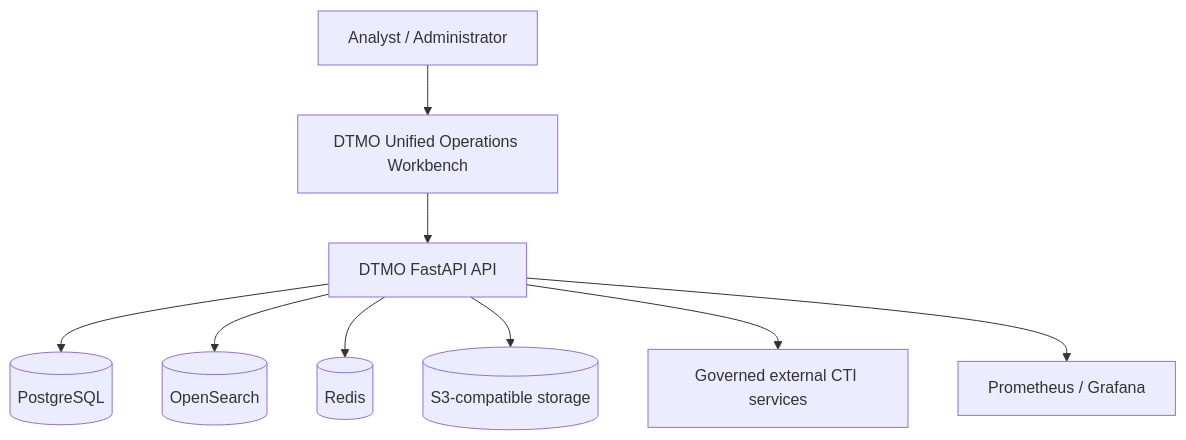
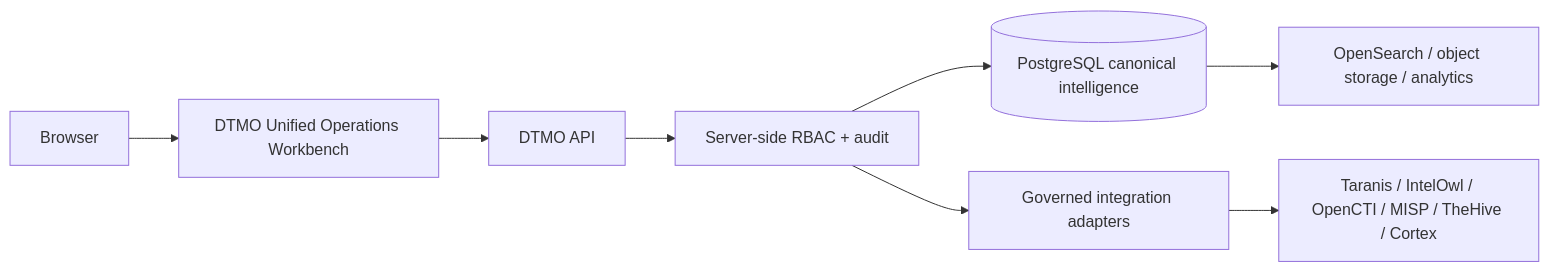
The diagram in README.md (GJvManen/dtmo), drawn with Mermaid before and after one commit. The commit also changed other lines of this file, not shown here.

````diff
--- a/README.md
+++ b/README.md
@@ -134,11 +54,10 @@
 ```mermaid
-flowchart TB
-    U[Analyst / Administrator] --> W[DTMO Unified Operations Workbench]
-    W --> API[DTMO FastAPI API]
-    API --> PG[(PostgreSQL)]
-    API --> OS[(OpenSearch)]
-    API --> R[(Redis)]
-    API --> S3[(S3-compatible storage)]
-    API --> X[Governed external CTI services]
-    API --> O[Prometheus / Grafana]
+flowchart LR
+    B[Browser] --> W[DTMO Unified Operations Workbench]
+    W --> A[DTMO API]
+    A --> R[Server-side RBAC + audit]
+    R --> D[(PostgreSQL canonical intelligence)]
+    R --> G[Governed integration adapters]
+    G --> S[Taranis / IntelOwl / OpenCTI / MISP / TheHive / Cortex]
+    D --> O[OpenSearch / object storage / analytics]
 ```
````
